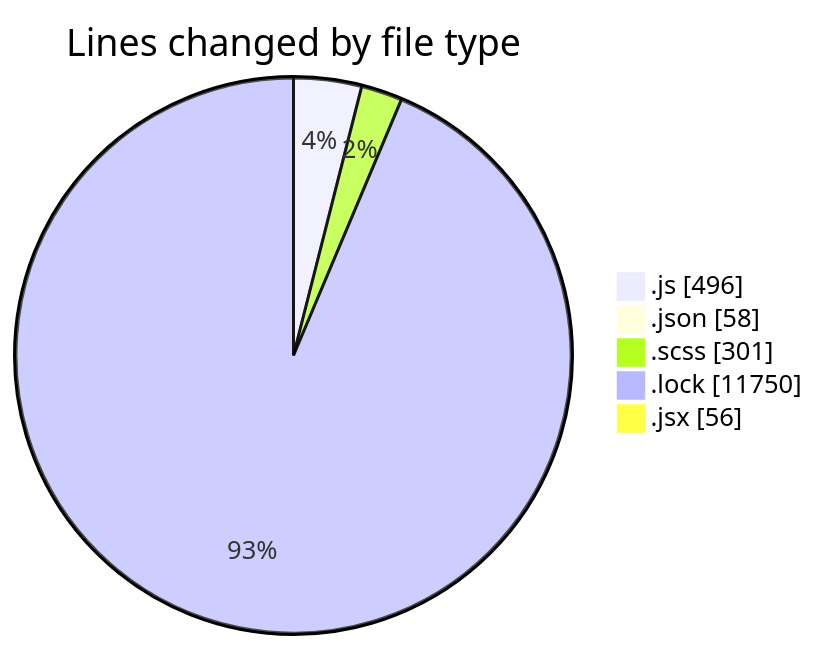
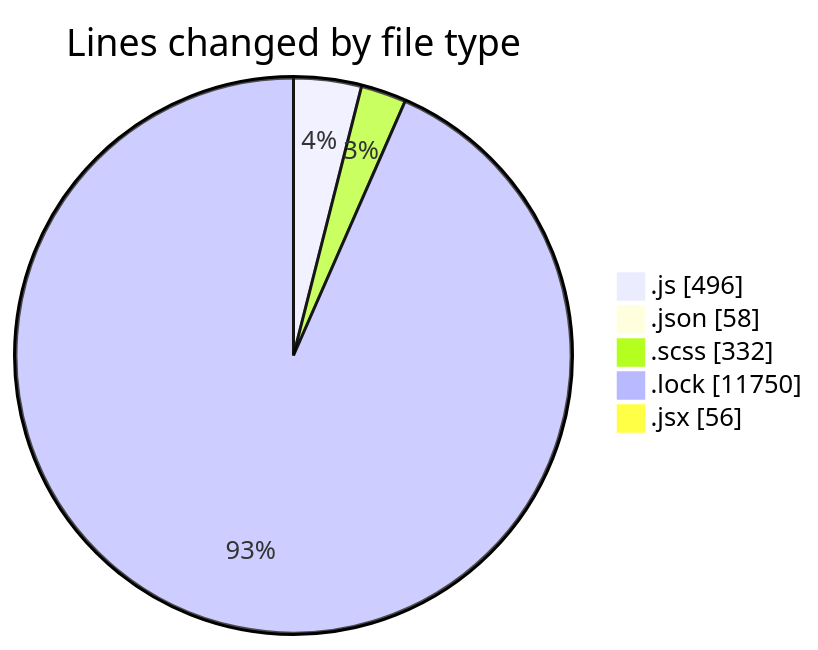
One commit to momahboobian/code-tracking changed the first of 2 diagrams in 2026-01-08/cda/README.md. Above: the diagram before and after it, drawn with Mermaid. The commit also changed other lines of this file and 1 other file, not shown here.

````diff
--- a/2026-01-08/cda/README.md
+++ b/2026-01-08/cda/README.md
@@ -33,9 +34,9 @@
 ```mermaid
 pie showData
 title Lines changed by file type
 ".js" : 496
 ".json" : 58
-".scss" : 301
+".scss" : 332
 ".lock" : 11750
 ".jsx" : 56
 ```
````
